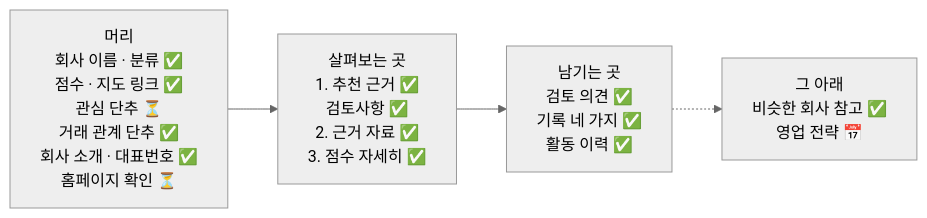
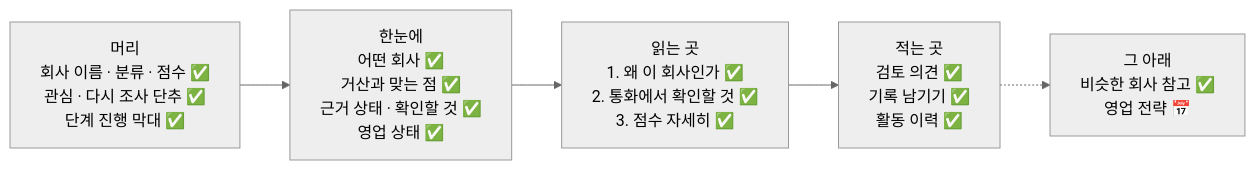
One commit to agent-ddalgi-team/final-geosan changed the fourth of 4 diagrams in docs/map/feature-map.md. Above: the diagram before and after it, drawn with Mermaid (neutral theme). The commit also changed other lines of this file and 1 other file, not shown here.

First line of the commit message:
기능 지도와 기획 변경 기록에 상세 화면의 새 짜임을 적는다: 읽는 곳(진행 막대·한눈에·1~3번)과 적는 곳, 화면에서 뺀 기능은 보류로 (#674)

````diff
--- a/docs/map/feature-map.md
+++ b/docs/map/feature-map.md
@@ -150,9 +150,10 @@
 ```mermaid
 flowchart LR
-    H["머리<br/>회사 이름 · 분류 ✅<br/>점수 · 지도 링크 ✅<br/>관심 단추 ⏳<br/>거래 관계 단추 ✅<br/>회사 소개 · 대표번호 ✅<br/>홈페이지 확인 ⏳"]
-    R["살펴보는 곳<br/>1. 추천 근거 ✅<br/>검토사항 ✅<br/>2. 근거 자료 ✅<br/>3. 점수 자세히 ✅"]
-    W["남기는 곳<br/>검토 의견 ✅<br/>기록 네 가지 ✅<br/>활동 이력 ✅"]
+    H["머리<br/>회사 이름 · 분류 · 점수 ✅<br/>관심 · 다시 조사 단추 ✅<br/>단계 진행 막대 ✅"]
+    G["한눈에<br/>어떤 회사 ✅<br/>거산과 맞는 점 ✅<br/>근거 상태 · 확인할 것 ✅<br/>영업 상태 ✅"]
+    R["읽는 곳<br/>1. 왜 이 회사인가 ✅<br/>2. 통화에서 확인할 것 ✅<br/>3. 점수 자세히 ✅"]
+    W["적는 곳<br/>검토 의견 ✅<br/>기록 남기기 ✅<br/>활동 이력 ✅"]
     K["그 아래<br/>비슷한 회사 참고 ✅<br/>영업 전략 📅"]
-    H --> R --> W
+    H --> G --> R --> W
     W -.-> K
 ```
````
